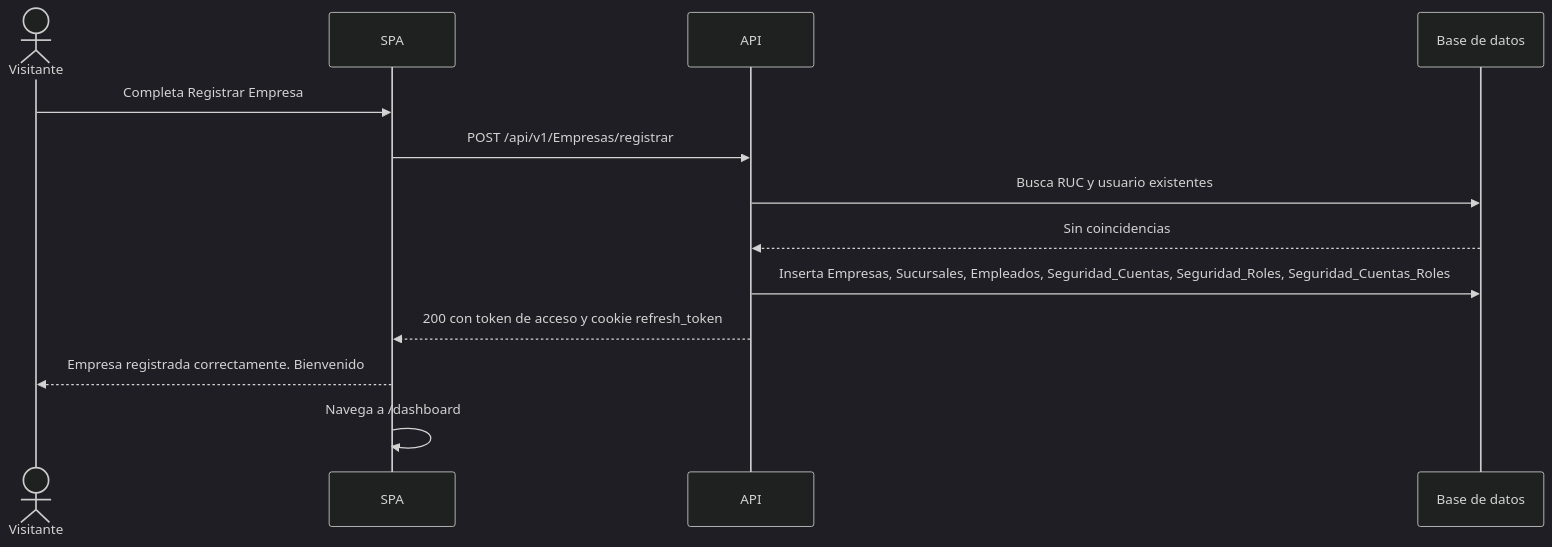
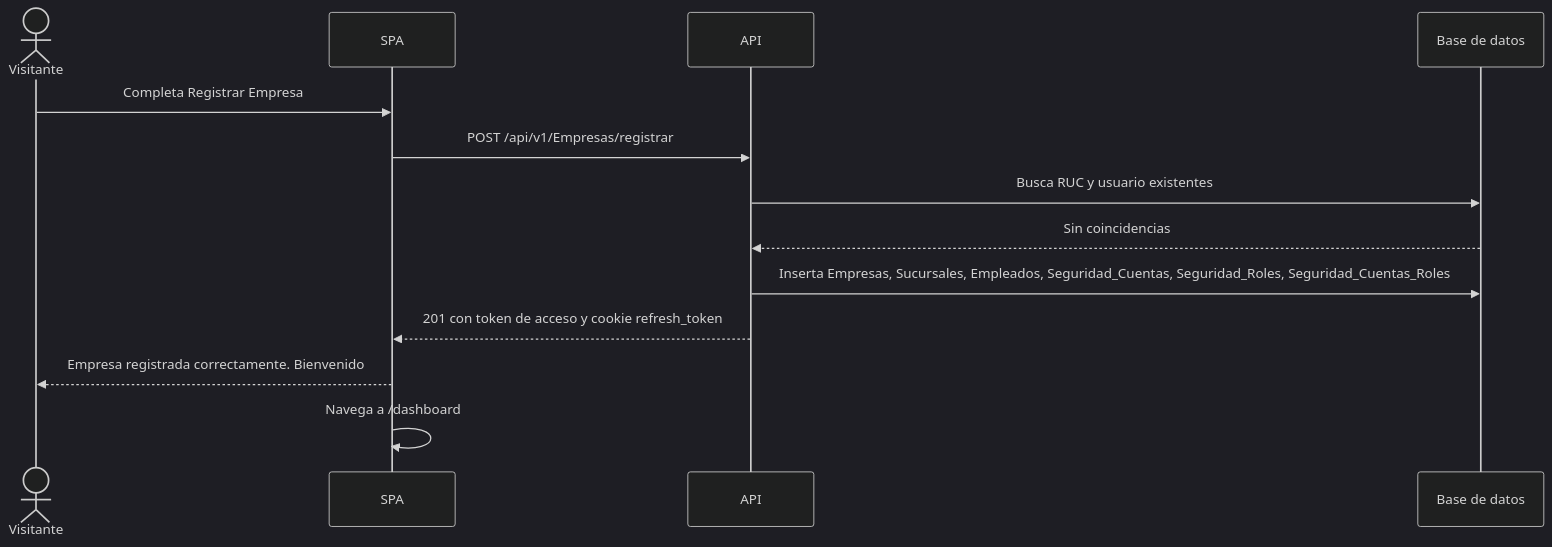
Before and after one commit to SoyGustavoFernandez/sofia-docs: the third of 26 diagrams in ola-2-funcional/14-procesos-de-negocio.md, drawn with Mermaid (dark theme). The commit also changed other lines of this file, not shown here.

````diff
--- a/ola-2-funcional/14-procesos-de-negocio.md
+++ b/ola-2-funcional/14-procesos-de-negocio.md
@@ -94,15 +94,15 @@
 ```mermaid
 sequenceDiagram
     actor U as Visitante
     participant S as SPA
     participant A as API
     participant D as Base de datos
     U->>S: Completa Registrar Empresa
     S->>A: POST /api/v1/Empresas/registrar
     A->>D: Busca RUC y usuario existentes
     D-->>A: Sin coincidencias
     A->>D: Inserta Empresas, Sucursales, Empleados, Seguridad_Cuentas, Seguridad_Roles, Seguridad_Cuentas_Roles
-    A-->>S: 200 con token de acceso y cookie refresh_token
+    A-->>S: 201 con token de acceso y cookie refresh_token
     S-->>U: Empresa registrada correctamente. Bienvenido
     S->>S: Navega a /dashboard
 ```
````
